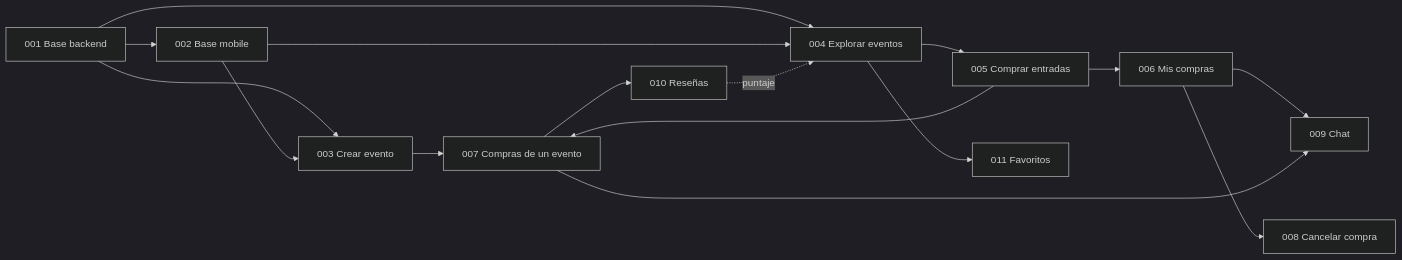
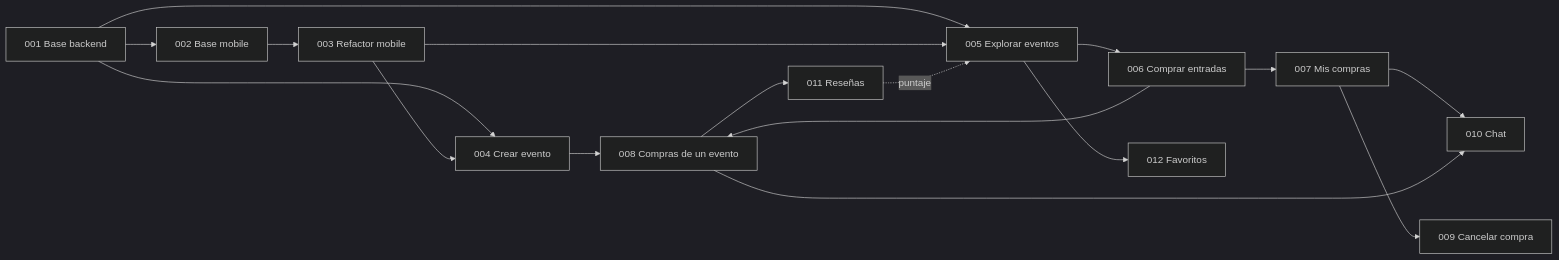
One commit to bdasilvabarata/ai-ticket-it changed the diagram in docs/backlog.md. Above: the diagram before and after it, drawn with Mermaid (dark theme). The commit also changed other lines of this file and 3 other files, not shown here.

````diff
--- a/docs/backlog.md
+++ b/docs/backlog.md
@@ -28,18 +29,19 @@
 ```mermaid
 graph LR
   F001[001 Base backend] --> F002[002 Base mobile]
-  F001 --> F003[003 Crear evento]
-  F002 --> F003
-  F001 --> F004[004 Explorar eventos]
-  F002 --> F004
-  F004 --> F005[005 Comprar entradas]
-  F005 --> F006[006 Mis compras]
-  F003 --> F007[007 Compras de un evento]
-  F005 --> F007
-  F006 --> F008[008 Cancelar compra]
-  F006 --> F009[009 Chat]
-  F007 --> F009
-  F007 --> F010[010 Reseñas]
-  F010 -. puntaje .-> F004
-  F004 --> F011[011 Favoritos]
+  F002 --> F003[003 Refactor mobile]
+  F001 --> F004[004 Crear evento]
+  F003 --> F004
+  F001 --> F005[005 Explorar eventos]
+  F003 --> F005
+  F005 --> F006[006 Comprar entradas]
+  F006 --> F007[007 Mis compras]
+  F004 --> F008[008 Compras de un evento]
+  F006 --> F008
+  F007 --> F009[009 Cancelar compra]
+  F007 --> F010[010 Chat]
+  F008 --> F010
+  F008 --> F011[011 Reseñas]
+  F011 -. puntaje .-> F005
+  F005 --> F012[012 Favoritos]
 ```
````
